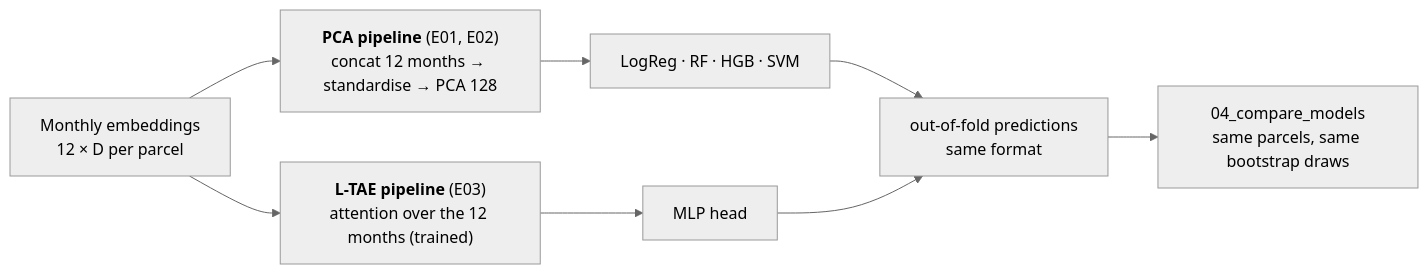
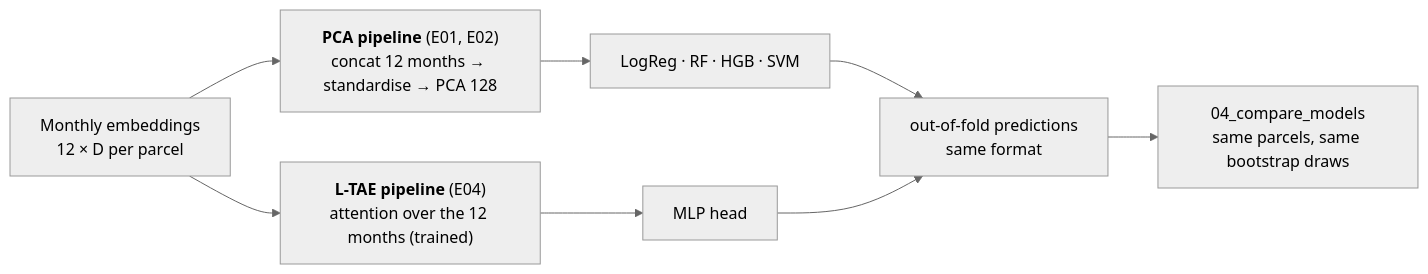
Before and after one commit to amanchry/irrimapping-geofm: the second of 2 diagrams in docs/experiments/index.md, drawn with Mermaid (neutral theme). The commit also changed other lines of this file and 48 other files, not shown here.

````diff
--- a/docs/experiments/index.md
+++ b/docs/experiments/index.md
@@ -80,10 +88,10 @@
 ```mermaid
 flowchart LR
     E["Monthly embeddings<br/>12 × D per parcel"] --> P1["<b>PCA pipeline</b> (E01, E02)<br/>concat 12 months → standardise → PCA 128"]
-    E --> P2["<b>L-TAE pipeline</b> (E03)<br/>attention over the 12 months (trained)"]
+    E --> P2["<b>L-TAE pipeline</b> (E04)<br/>attention over the 12 months (trained)"]
     P1 --> K["LogReg · RF · HGB · SVM"]
     P2 --> H["MLP head"]
     K --> O["out-of-fold predictions<br/>same format"]
     H --> O
     O --> CMP["04_compare_models<br/>same parcels, same bootstrap draws"]
 ```
````
